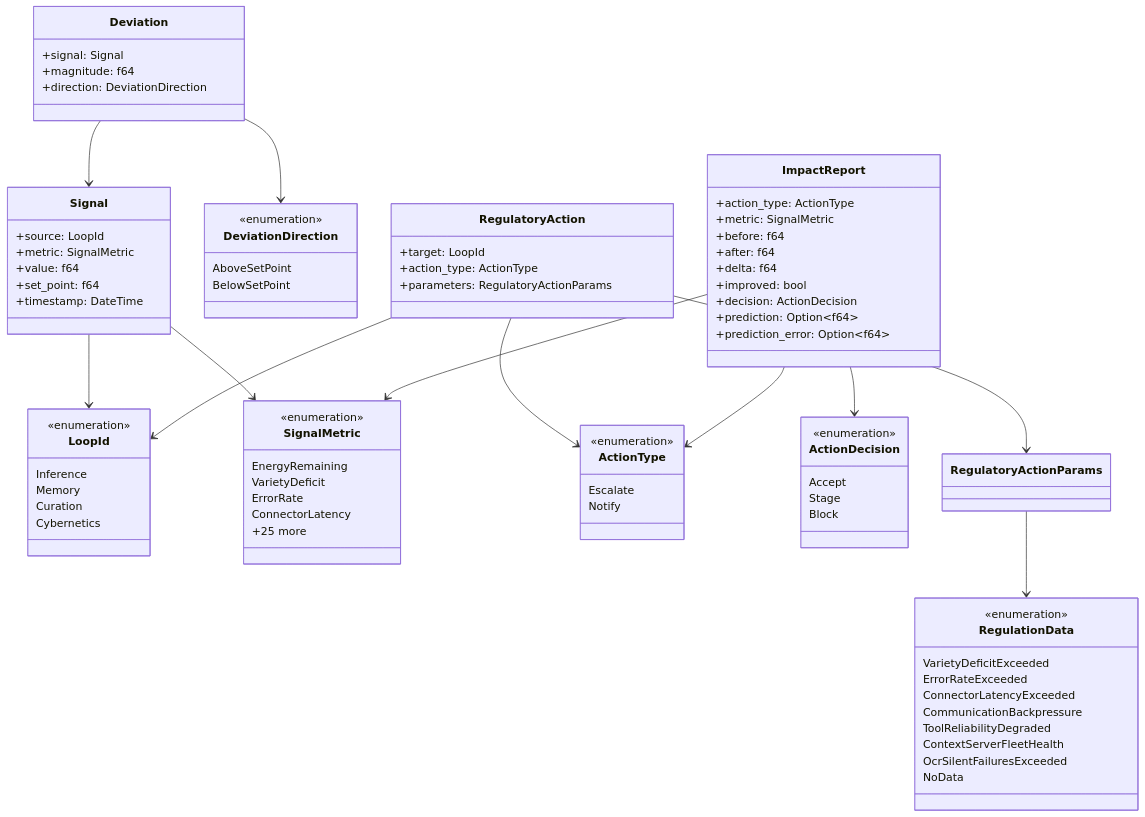
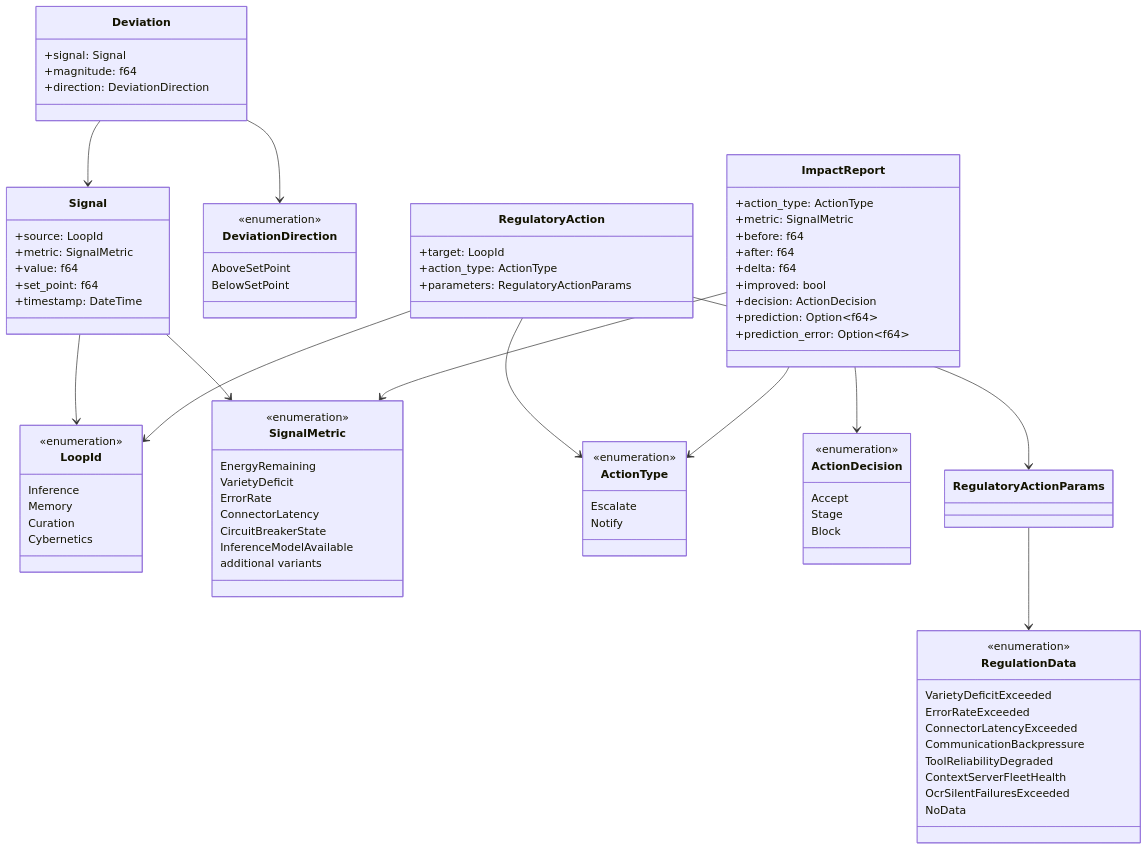
One commit to mdz-axo/zed-kask changed the second of 2 diagrams in kask/docs/diataxis/hkask-regulation/reference.md. Above: the diagram before and after it, drawn with Mermaid. The commit also changed other lines of this file and 13 other files, not shown here.

```diff
--- a/kask/docs/diataxis/hkask-regulation/reference.md
+++ b/kask/docs/diataxis/hkask-regulation/reference.md
@@ -242,7 +253,9 @@
         VarietyDeficit
         ErrorRate
         ConnectorLatency
-        +25 more
+        CircuitBreakerState
+        InferenceModelAvailable
+        additional variants
     }
     class Signal {
         +source: LoopId
```
